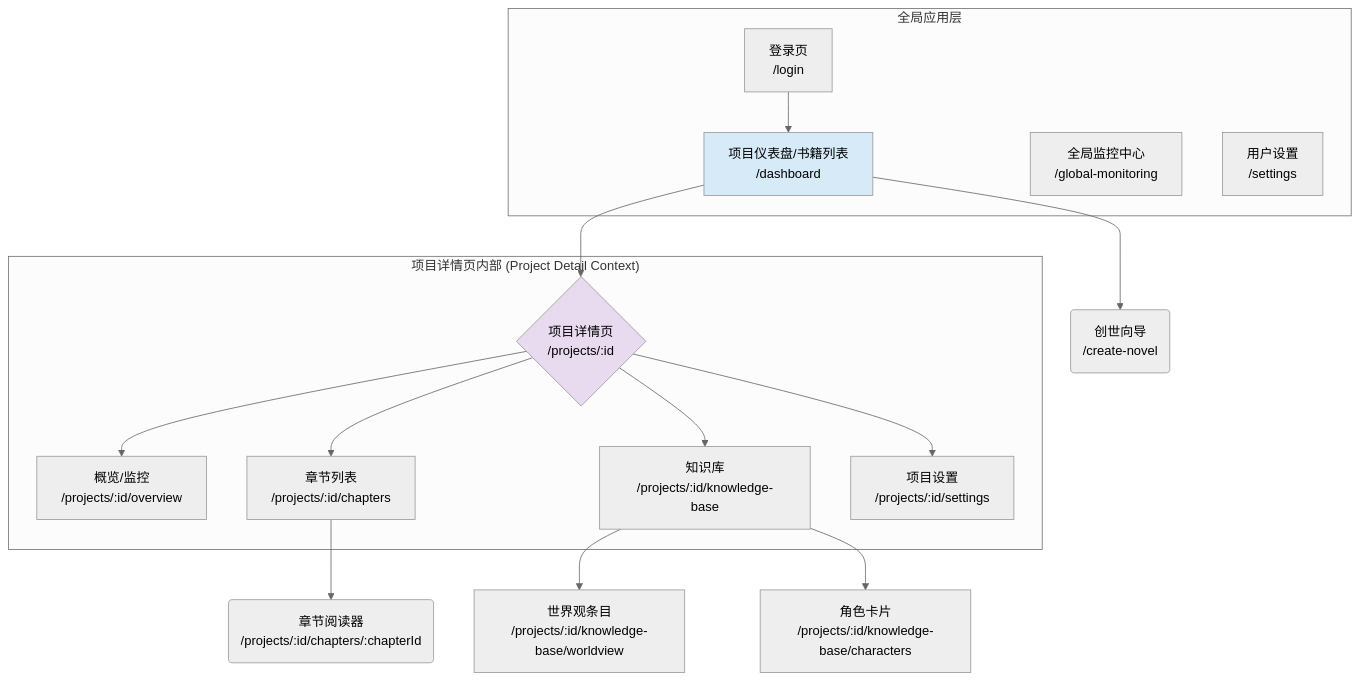
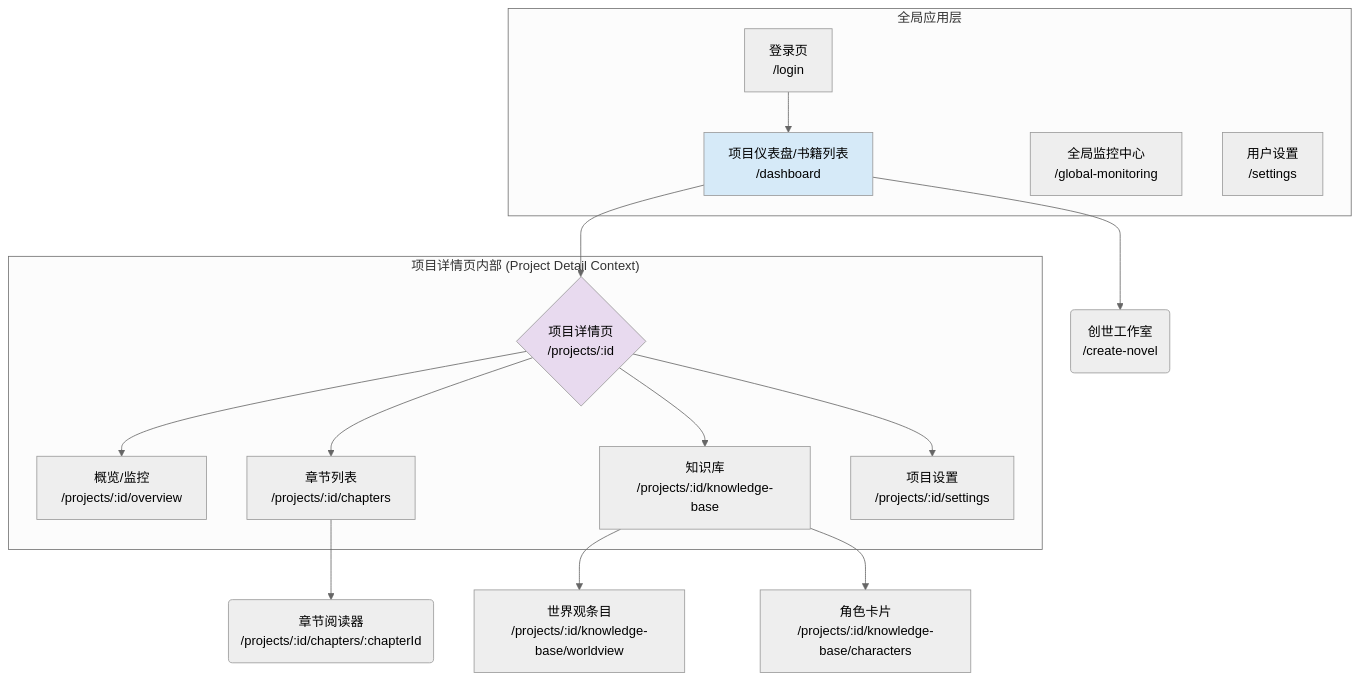
Before and after one commit to zhiyue/infinite-scribe: the first of 3 diagrams in docs/front-end-spec.md, drawn with Mermaid (neutral theme). The commit also changed other lines of this file and 24 other files, not shown here.

First line of the commit message:
docs: update architecture and PRD with new genesis studio features and SSE integration

````diff
--- a/docs/front-end-spec.md
+++ b/docs/front-end-spec.md
@@ -43,26 +44,26 @@
 ```mermaid
 graph TD
     subgraph "全局应用层"
         Login[登录页<br/>/login] --> Dashboard
         Dashboard[项目仪表盘/书籍列表<br/>/dashboard]
         GlobalMonitoring[全局监控中心<br/>/global-monitoring]
         UserSettings[用户设置<br/>/settings]
     end
 
-    Dashboard --> CreateNovel(创世向导<br/>/create-novel)
+    Dashboard --> CreateNovel(创世工作室<br/>/create-novel)
     Dashboard --> ProjectDetail{项目详情页<br/>/projects/:id}
     
     subgraph "项目详情页内部 (Project Detail Context)"
         ProjectDetail --> PD_Overview[概览/监控<br/>/projects/:id/overview]
         ProjectDetail --> PD_Chapters[章节列表<br/>/projects/:id/chapters]
         ProjectDetail --> PD_KnowledgeBase[知识库<br/>/projects/:id/knowledge-base]
         ProjectDetail --> PD_Settings[项目设置<br/>/projects/:id/settings]
     end
 
     PD_Chapters --> ChapterViewer(章节阅读器<br/>/projects/:id/chapters/:chapterId)
     PD_KnowledgeBase --> KB_Worldview[世界观条目<br/>/projects/:id/knowledge-base/worldview]
     PD_KnowledgeBase --> KB_Characters[角色卡片<br/>/projects/:id/knowledge-base/characters]
     
     style Dashboard fill:#D6EAF8
     style ProjectDetail fill:#E8DAEF
 ```
````
